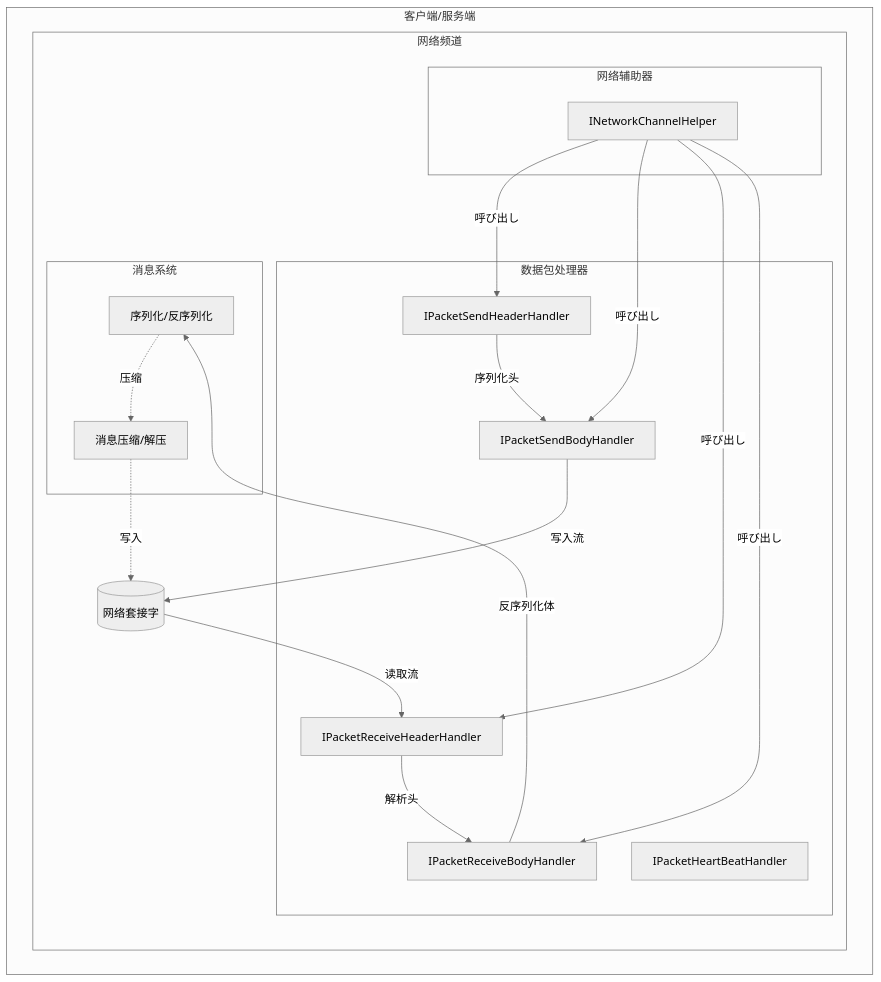
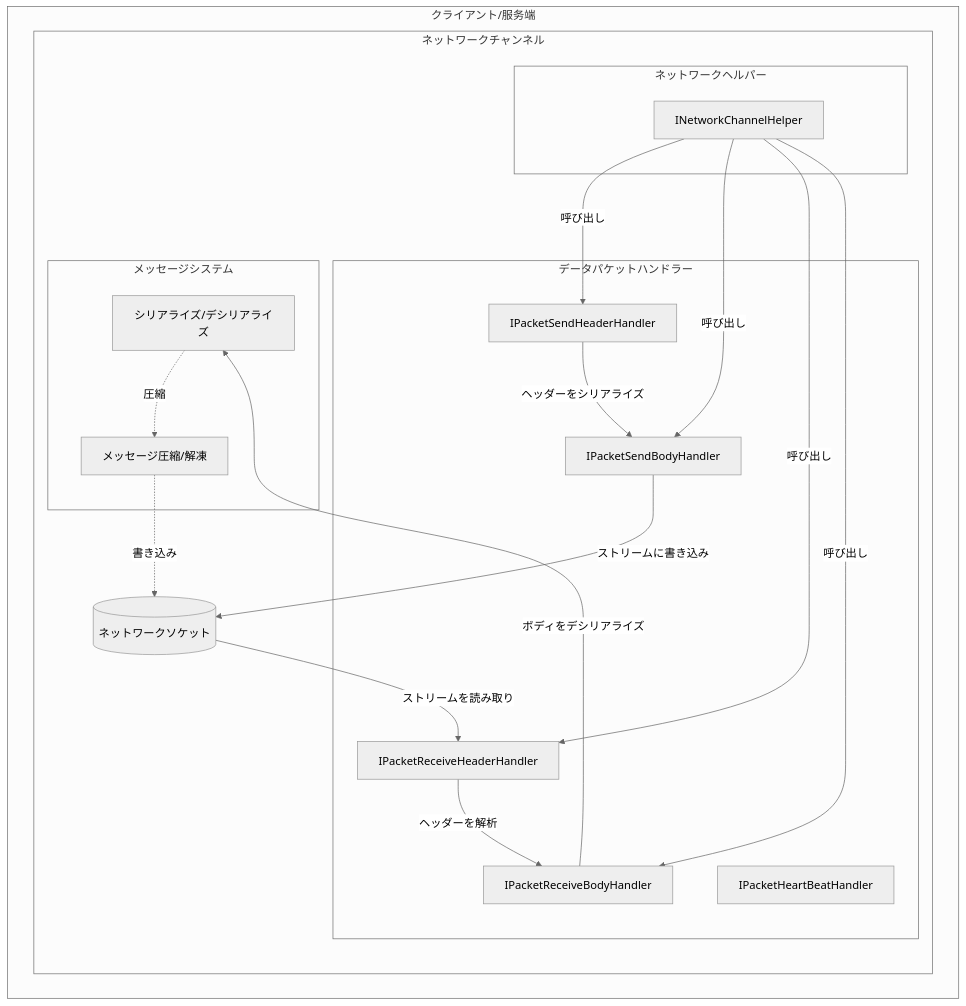
The first of 3 diagrams in docs/ja/client/unity/component/network/07.packet-handlers.md (AlianBlank/GameFrameX.Docs), drawn with Mermaid (neutral theme) before and after one commit. The commit also changed other lines of this file and 320 other files, not shown here.

````diff
--- a/docs/ja/client/unity/component/network/07.packet-handlers.md
+++ b/docs/ja/client/unity/component/network/07.packet-handlers.md
@@ -18,39 +18,39 @@
 ```mermaid
 flowchart TD
-    subgraph Client["客户端/服务端"]
-        subgraph NetworkChannel["网络频道"]
-            subgraph PacketHandlers["数据包处理器"]
+    subgraph Client["クライアント/服务端"]
+        subgraph NetworkChannel["ネットワークチャンネル"]
+            subgraph PacketHandlers["データパケットハンドラー"]
                 SendHeader[IPacketSendHeaderHandler]
                 SendBody[IPacketSendBodyHandler]
                 RecvHeader[IPacketReceiveHeaderHandler]
                 RecvBody[IPacketReceiveBodyHandler]
                 HeartBeat[IPacketHeartBeatHandler]
             end
             
-            subgraph NetworkHelper["网络辅助器"]
+            subgraph NetworkHelper["ネットワークヘルパー"]
                 Helper[INetworkChannelHelper]
             end
             
-            subgraph MessageSystem["消息系统"]
-                Serializer[序列化/反序列化]
-                Compress[消息压缩/解压]
+            subgraph MessageSystem["メッセージシステム"]
+                Serializer[シリアライズ/デシリアライズ]
+                Compress[メッセージ圧縮/解凍]
             end
             
-            Socket[(网络套接字)]
+            Socket[(ネットワークソケット)]
         end
     end
     
-    SendHeader -->|序列化头| SendBody
-    SendBody -->|写入流| Socket
-    Socket -->|读取流| RecvHeader
-    RecvHeader -->|解析头| RecvBody
-    RecvBody -->|反序列化体| Serializer
+    SendHeader -->|ヘッダーをシリアライズ| SendBody
+    SendBody -->|ストリームに書き込み| Socket
+    Socket -->|ストリームを読み取り| RecvHeader
+    RecvHeader -->|ヘッダーを解析| RecvBody
+    RecvBody -->|ボディをデシリアライズ| Serializer
     
     Helper -->|呼び出し| SendHeader
     Helper -->|呼び出し| SendBody
     Helper -->|呼び出し| RecvHeader
     Helper -->|呼び出し| RecvBody
     
-    Serializer -.->|压缩| Compress
-    Compress -.->|写入| Socket
+    Serializer -.->|圧縮| Compress
+    Compress -.->|書き込み| Socket
 ```
````
